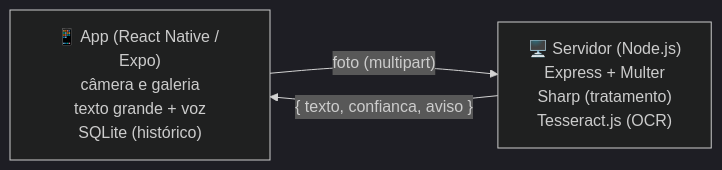
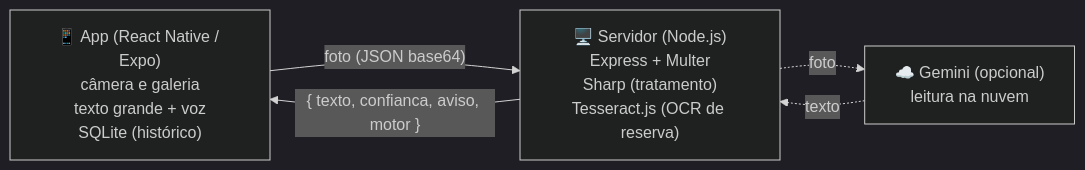
One commit to joaovardenski/leitor-facil changed the diagram in README.md. Above: the diagram before and after it, drawn with Mermaid (dark theme). The commit also changed other lines of this file and 15 other files, not shown here.

````diff
--- a/README.md
+++ b/README.md
@@ -45,7 +45,10 @@
 ```mermaid
 flowchart LR
     A["📱 App (React Native / Expo)<br/>câmera e galeria<br/>texto grande + voz<br/>SQLite (histórico)"]
-    B["🖥️ Servidor (Node.js)<br/>Express + Multer<br/>Sharp (tratamento)<br/>Tesseract.js (OCR)"]
-    A -- "foto (multipart)" --> B
-    B -- "{ texto, confianca, aviso }" --> A
+    B["🖥️ Servidor (Node.js)<br/>Express + Multer<br/>Sharp (tratamento)<br/>Tesseract.js (OCR de reserva)"]
+    C["☁️ Gemini (opcional)<br/>leitura na nuvem"]
+    A -- "foto (JSON base64)" --> B
+    B -- "{ texto, confianca, aviso, motor }" --> A
+    B -. "foto" .-> C
+    C -. "texto" .-> B
 ```
````
